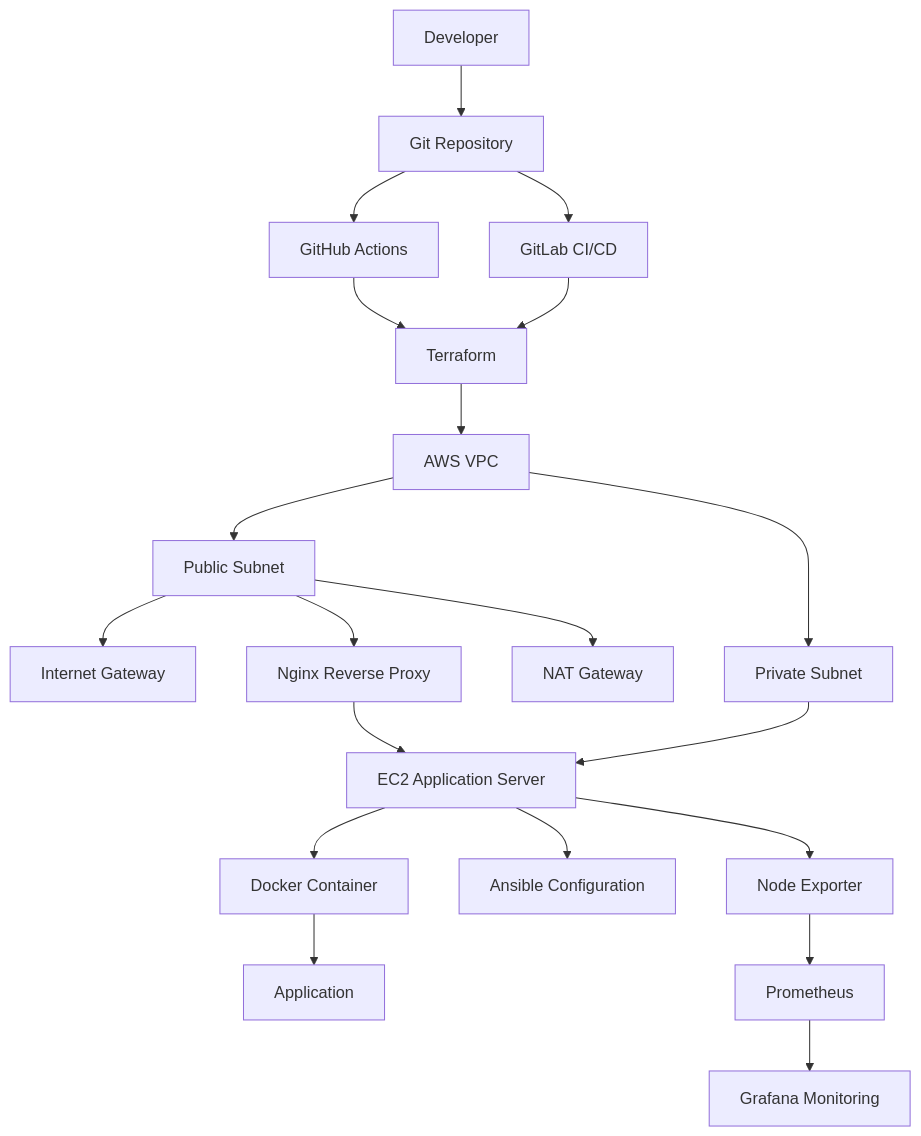
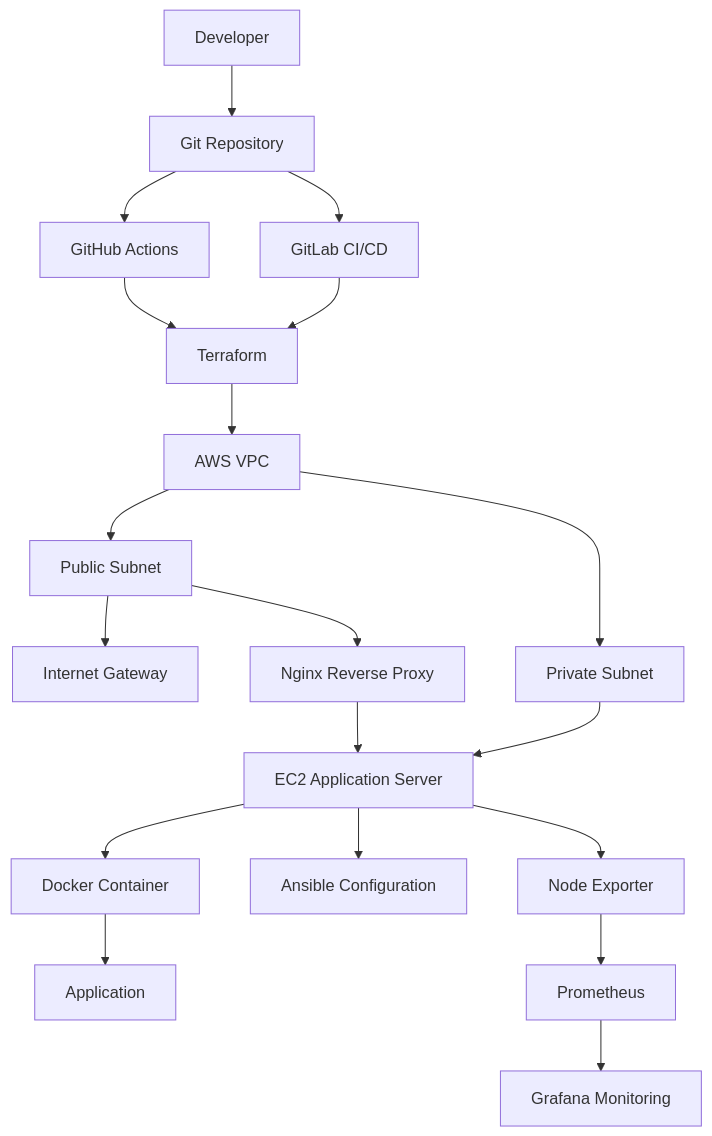
Before and after one commit to Billy-lex/production-cloud-infrastructure-platform: the first of 3 diagrams in README.md, drawn with Mermaid. The commit also changed other lines of this file, not shown here.

Commit message:
docs: update architecture

````diff
--- a/README.md
+++ b/README.md
@@ -17,38 +17,37 @@
 ```mermaid
 graph TD
 
 A[Developer] --> B[Git Repository]
 
 B --> C[GitHub Actions]
 B --> D[GitLab CI/CD]
 
 C --> E[Terraform]
 D --> E
 
 E --> F[AWS VPC]
 
 F --> G[Public Subnet]
 
 G --> H[Internet Gateway]
 G --> I[Nginx Reverse Proxy]
-G --> J[NAT Gateway]
 
 F --> K[Private Subnet]
 
 K --> L[EC2 Application Server]
 
 L --> M[Docker Container]
 
 M --> N[Application]
 
 I --> L
 
 L --> O[Ansible Configuration]
 
 L --> P[Node Exporter]
 
 P --> Q[Prometheus]
 
 Q --> R[Grafana Monitoring]
 
 ```
````
